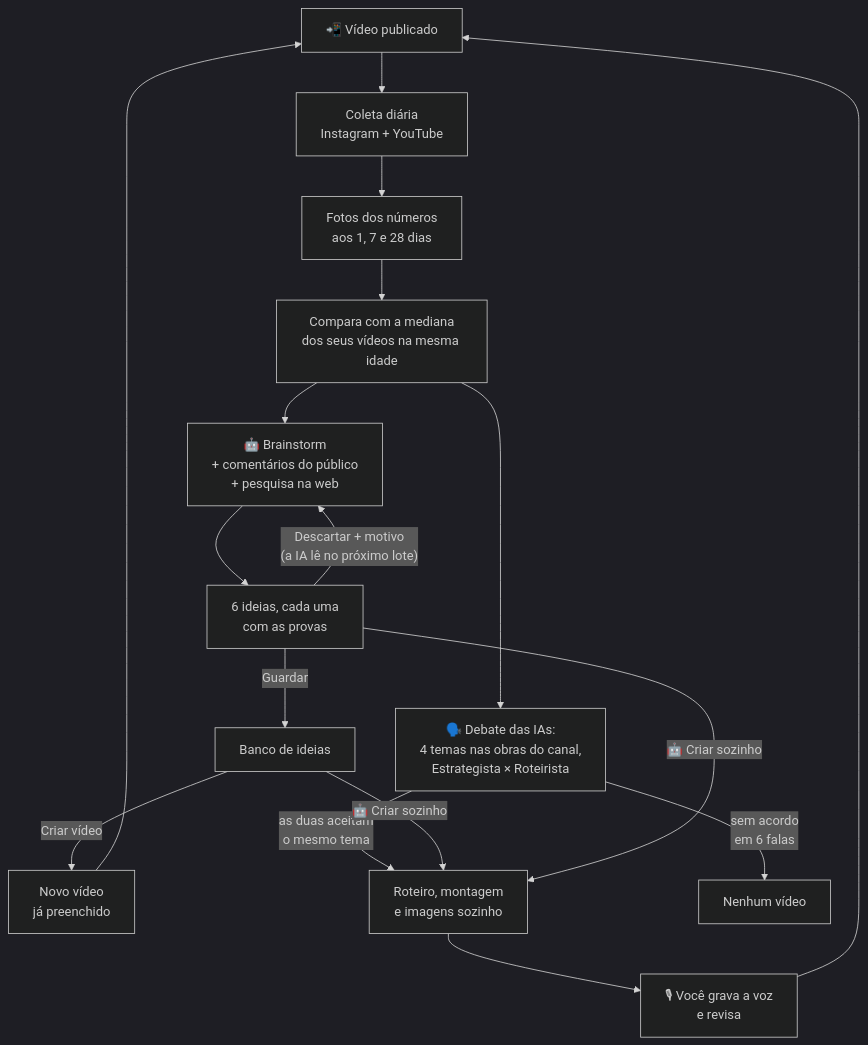
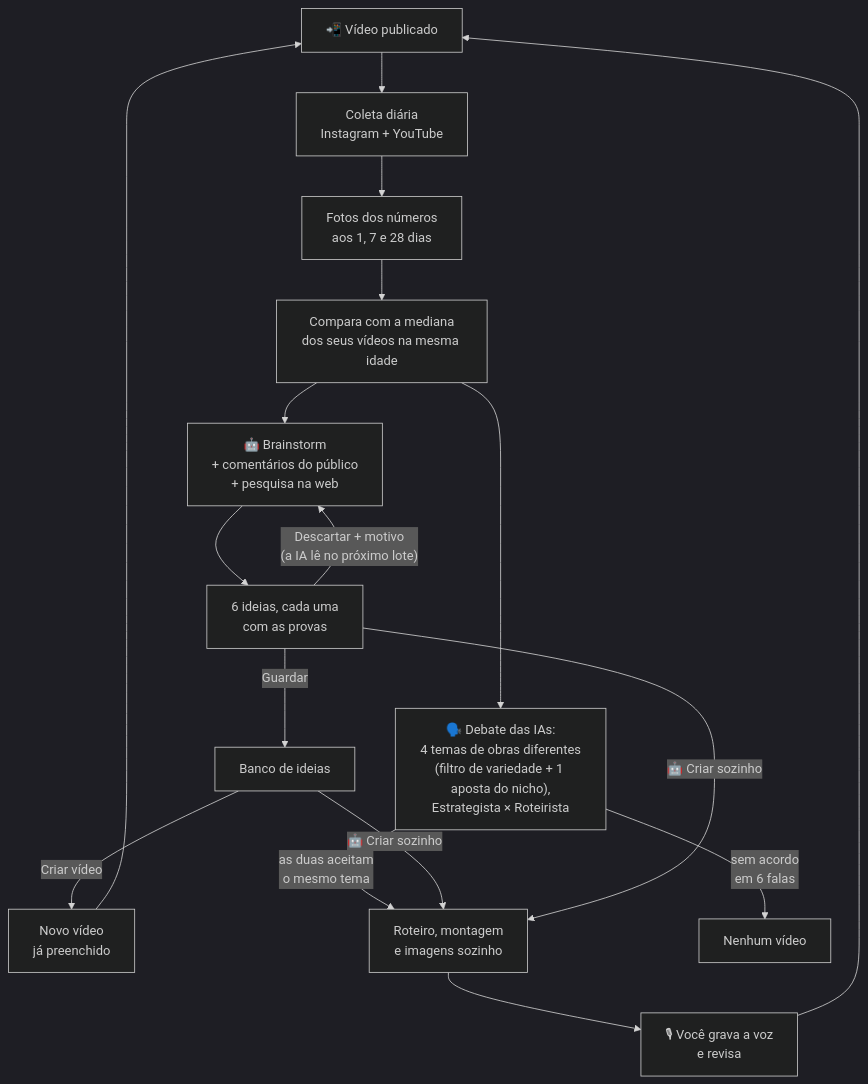
Before and after one commit to Edugiyuu/InstaSearch: the diagram in docs/diagramas/13-ciclo-das-ideias.mmd, drawn with Mermaid (dark theme). The commit also changed 16 other files, not shown here.

First line of the commit message:
feat: variedade nos temas do debate das IAs (ADR 0028)

```diff
--- a/docs/diagramas/13-ciclo-das-ideias.mmd
+++ b/docs/diagramas/13-ciclo-das-ideias.mmd
@@ -1,17 +1,17 @@
 flowchart TD
     PUB["📲 Vídeo publicado"] --> COL["Coleta diária<br/>Instagram + YouTube"]
     COL --> FOT["Fotos dos números<br/>aos 1, 7 e 28 dias"]
     FOT --> CMP["Compara com a mediana<br/>dos seus vídeos na mesma idade"]
     CMP --> BR["🤖 Brainstorm<br/>+ comentários do público<br/>+ pesquisa na web"]
     BR --> ID["6 ideias, cada uma<br/>com as provas"]
     ID -- "Guardar" --> BANK["Banco de ideias"]
     ID -- "Descartar + motivo<br/>(a IA lê no próximo lote)" --> BR
     BANK -- "Criar vídeo" --> NEW["Novo vídeo<br/>já preenchido"]
     NEW --> PUB
-    CMP --> OWN["🗣️ Debate das IAs:<br/>4 temas nas obras do canal,<br/>Estrategista × Roteirista"]
+    CMP --> OWN["🗣️ Debate das IAs:<br/>4 temas de obras diferentes<br/>(filtro de variedade + 1 aposta do nicho),<br/>Estrategista × Roteirista"]
     OWN -- "as duas aceitam<br/>o mesmo tema" --> AUTO["Roteiro, montagem<br/>e imagens sozinho"]
     OWN -- "sem acordo<br/>em 6 falas" --> NONE["Nenhum vídeo"]
     BANK -- "🤖 Criar sozinho" --> AUTO
     ID -- "🤖 Criar sozinho" --> AUTO
     AUTO --> VOZ["🎙 Você grava a voz<br/>e revisa"]
     VOZ --> PUB
```
